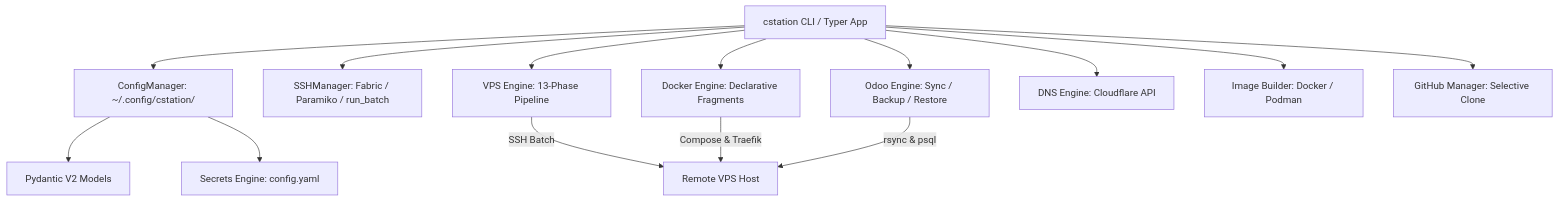
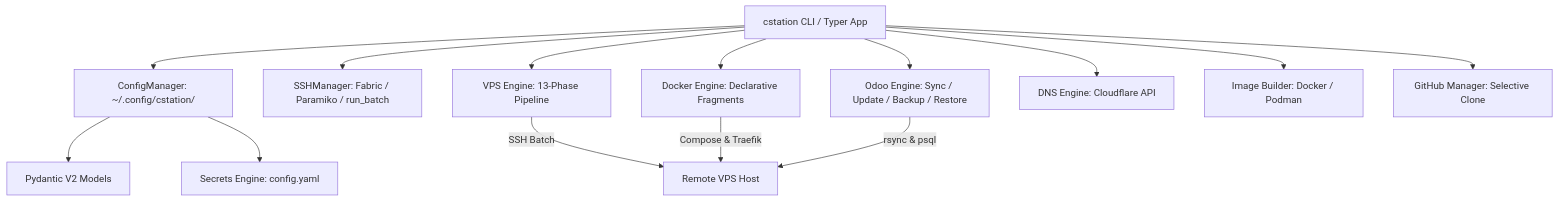
The diagram in README.md (lohwswilson/cstation), drawn with Mermaid before and after one commit. The commit also changed other lines of this file and 2 other files, not shown here.

Commit message:
docs: update README, ROADMAP, and CLI reference with v1.0.0 features, backup picker, pruning, and parallel refresh

````diff
--- a/README.md
+++ b/README.md
@@ -45,19 +46,19 @@
 ```mermaid
 graph TD
     CLI[cstation CLI / Typer App] --> Config[ConfigManager: ~/.config/cstation/]
     CLI --> SSH[SSHManager: Fabric / Paramiko / run_batch]
     
     Config --> Models[Pydantic V2 Models]
     Config --> Secrets[Secrets Engine: config.yaml]
     
     CLI --> VPS[VPS Engine: 13-Phase Pipeline]
     CLI --> Docker[Docker Engine: Declarative Fragments]
-    CLI --> Odoo[Odoo Engine: Sync / Backup / Restore]
+    CLI --> Odoo[Odoo Engine: Sync / Update / Backup / Restore]
     CLI --> DNS[DNS Engine: Cloudflare API]
     CLI --> Image[Image Builder: Docker / Podman]
     CLI --> GitHub[GitHub Manager: Selective Clone]
     
     VPS --> |SSH Batch| RemoteHost[Remote VPS Host]
     Docker --> |Compose & Traefik| RemoteHost
     Odoo --> |rsync & psql| RemoteHost
 ```
````
